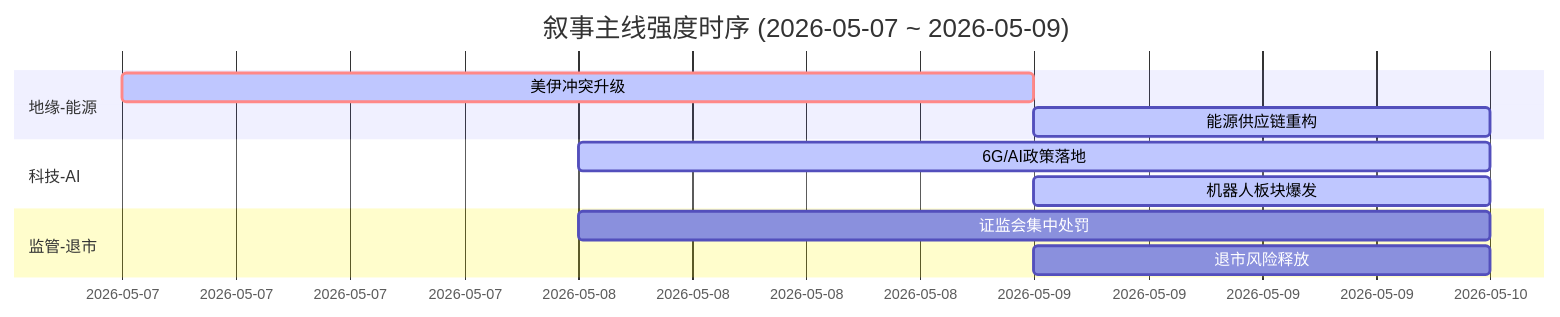
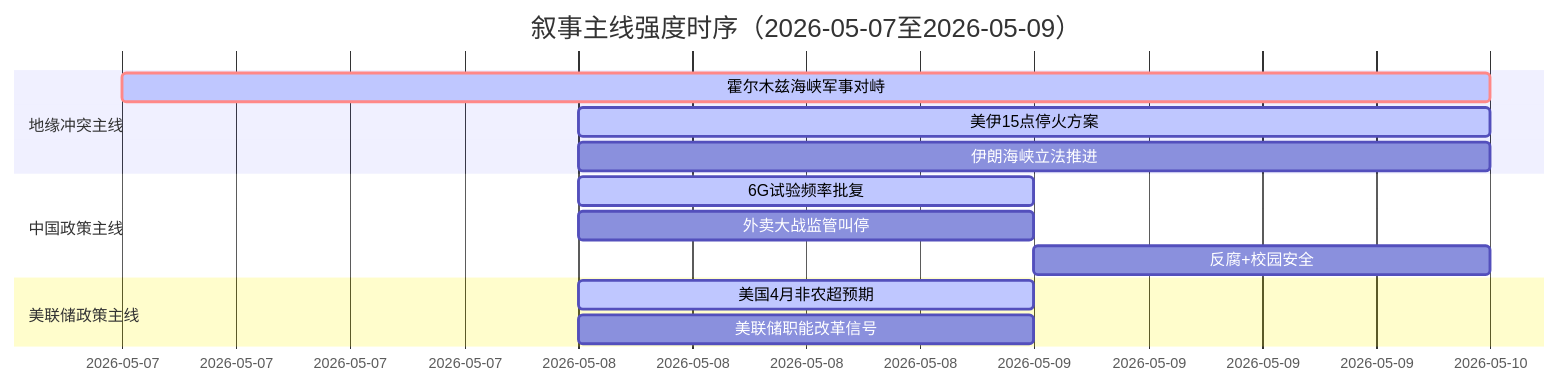
One commit to uu5zn/uu5zn.github.io changed the diagram in 5day_report.md. Above: the diagram before and after it, drawn with Mermaid. The commit also changed other lines of this file and 18 other files, not shown here.

````diff
--- a/5day_report.md
+++ b/5day_report.md
@@ -56,16 +56,18 @@
 ```mermaid
 gantt
-    title 叙事主线强度时序 (2026-05-07 ~ 2026-05-09)
+    title 叙事主线强度时序（2026-05-07至2026-05-09）
     dateFormat  YYYY-MM-DD
-    section 地缘‑能源
-    美伊冲突升级   :crit, active, 2026-05-07, 2d
-    能源供应链重构 :active, 2026-05-09, 1d
+    section 地缘冲突主线
+    霍尔木兹海峡军事对峙     :crit, active, 2026-05-07, 3d
+    美伊15点停火方案        :active, 2026-05-08, 2d
+    伊朗海峡立法推进        :2026-05-08, 2d
 
-    section 科技‑AI
-    6G/AI政策落地   :active, 2026-05-08, 2d
-    机器人板块爆发   :active, 2026-05-09, 1d
+    section 中国政策主线
+    6G试验频率批复          :active, 2026-05-08, 1d
+    外卖大战监管叫停        :2026-05-08, 1d
+    反腐+校园安全          :2026-05-09, 1d
 
-    section 监管‑退市
-    证监会集中处罚   :2026-05-08, 2d
-    退市风险释放     :2026-05-09, 1d
+    section 美联储政策主线
+    美国4月非农超预期       :active, 2026-05-08, 1d
+    美联储职能改革信号      :2026-05-08, 1d
 ```
````
